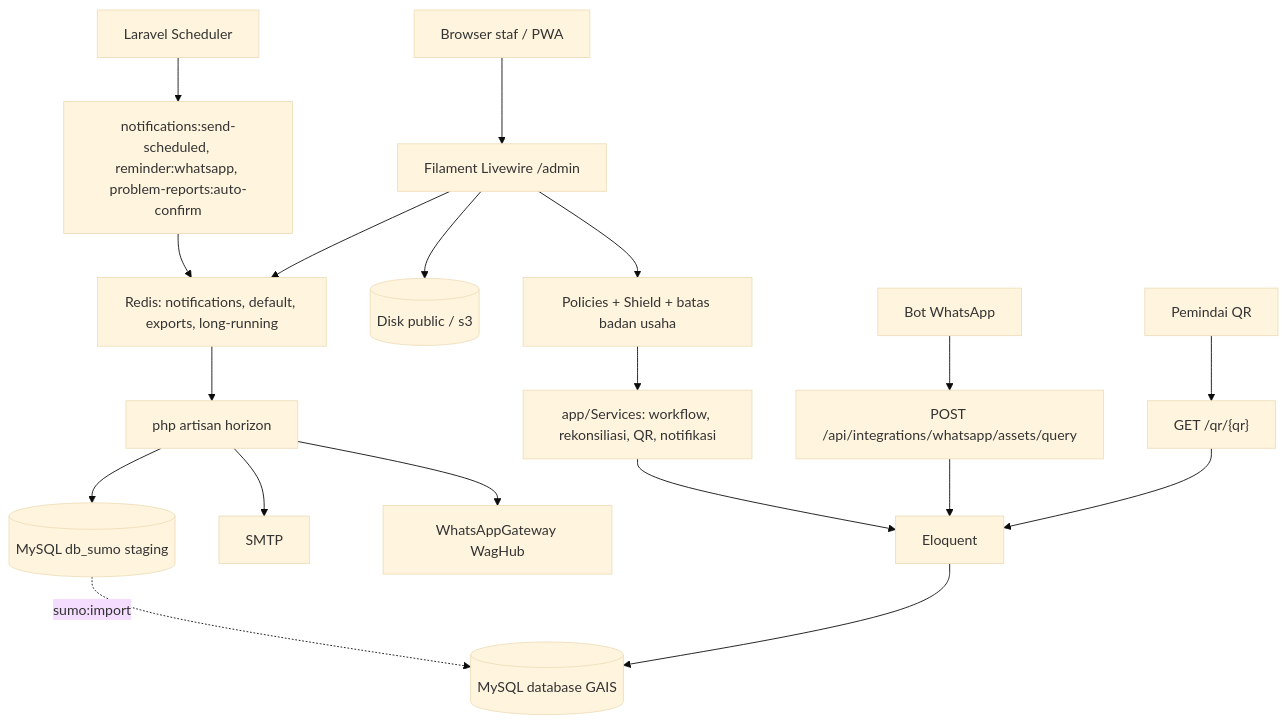
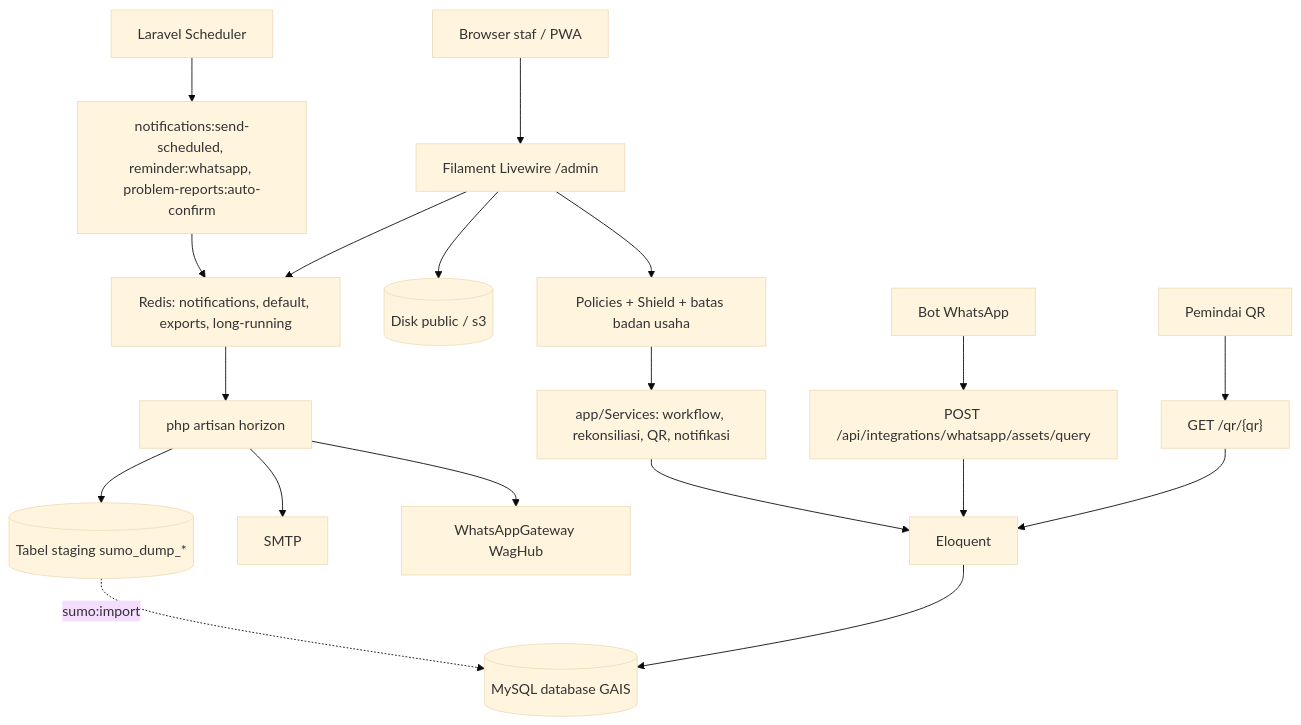
Before and after one commit to oceanspacedev/gais-web: the second of 2 diagrams in README.md, drawn with Mermaid (base theme). The commit also changed other lines of this file and 15 other files, not shown here.

````diff
--- a/README.md
+++ b/README.md
@@ -219,20 +219,20 @@
 ```mermaid
 flowchart TB
     Staf[Browser staf / PWA] --> Filament[Filament Livewire /admin]
     Filament --> Policies[Policies + Shield + batas badan usaha]
     Policies --> Services[app/Services: workflow, rekonsiliasi, QR, notifikasi]
     Services --> Models[Eloquent] --> DB[(MySQL database GAIS)]
     Filament --> Files[(Disk public / s3)]
     Scheduler[Laravel Scheduler] --> Cmd[notifications:send-scheduled, reminder:whatsapp, problem-reports:auto-confirm]
     Cmd --> Queue
     Filament --> Queue[Redis: notifications, default, exports, long-running]
     Queue --> Horizon[php artisan horizon]
     Horizon --> WA[WhatsAppGateway WagHub]
     Horizon --> Mail[SMTP]
-    Horizon --> Sumo[(MySQL db_sumo staging)]
+    Horizon --> Sumo[(Tabel staging sumo_dump_*)]
     Sumo -. sumo:import .-> DB
     Bot[Bot WhatsApp] --> Query["POST /api/integrations/whatsapp/assets/query"]
     Publik[Pemindai QR] --> QR["GET /qr/{qr}"]
     Query --> Models
     QR --> Models
 ```
````
